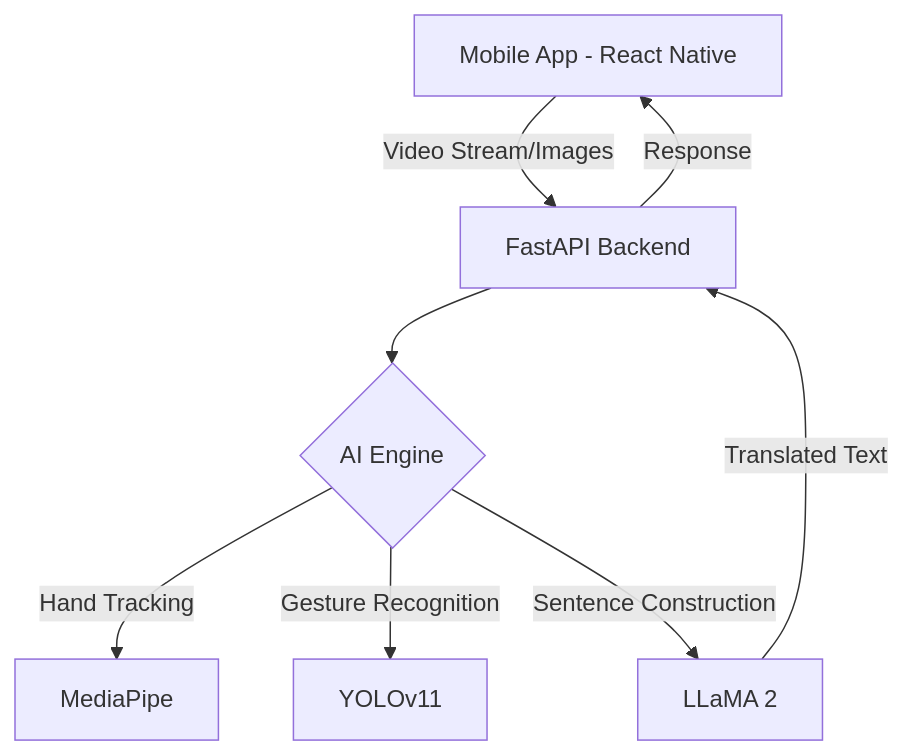
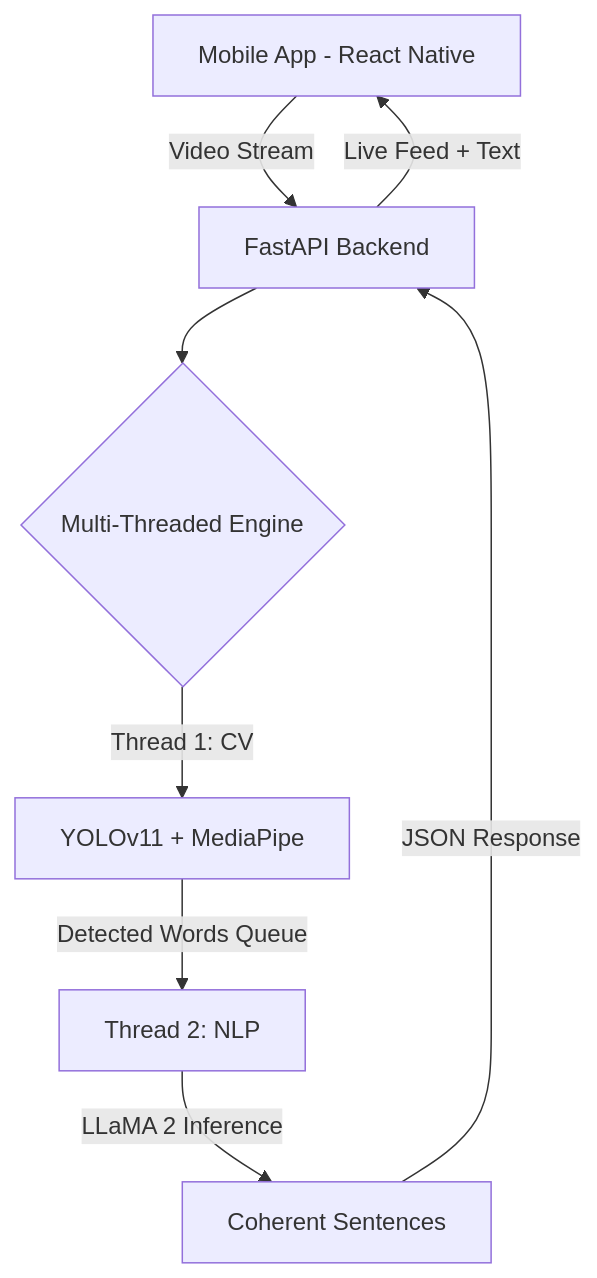
The diagram in README.md (Yahya-Kamran/Final-Year-Project), drawn with Mermaid before and after one commit. The commit also changed other lines of this file and 1 other file, not shown here.

````diff
--- a/README.md
+++ b/README.md
@@ -24,10 +51,10 @@
 ```mermaid
 graph TD
-    A[Mobile App - React Native] -->|Video Stream/Images| B[FastAPI Backend]
-    B --> C{AI Engine}
-    C -->|Hand Tracking| D[MediaPipe]
-    C -->|Gesture Recognition| E[YOLOv11]
-    C -->|Sentence Construction| F[LLaMA 2]
-    F -->|Translated Text| B
-    B -->|Response| A
+    A[Mobile App - React Native] -->|Video Stream| B[FastAPI Backend]
+    B --> C{Multi-Threaded Engine}
+    C -->|Thread 1: CV| D[YOLOv11 + MediaPipe]
+    D -->|Detected Words Queue| E[Thread 2: NLP]
+    E -->|LLaMA 2 Inference| F[Coherent Sentences]
+    F -->|JSON Response| B
+    B -->|Live Feed + Text| A
 ```
````
